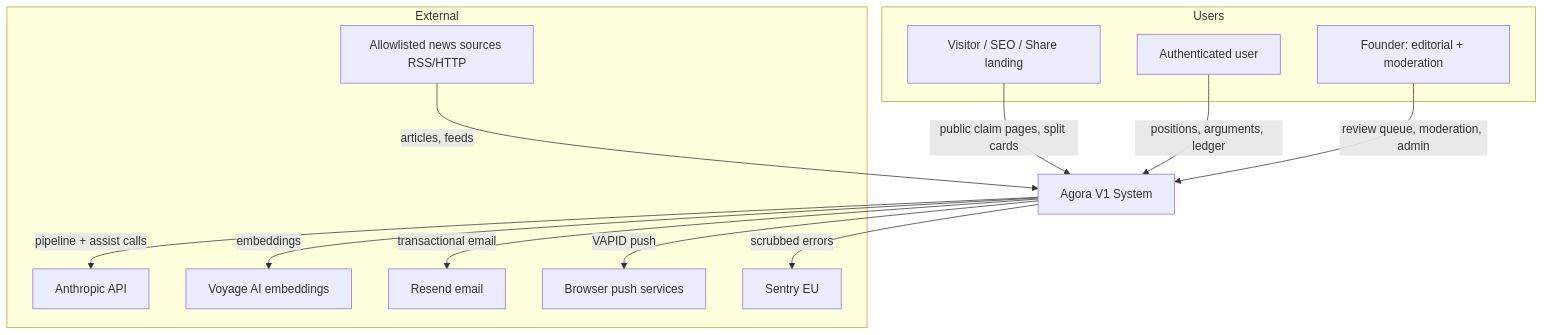
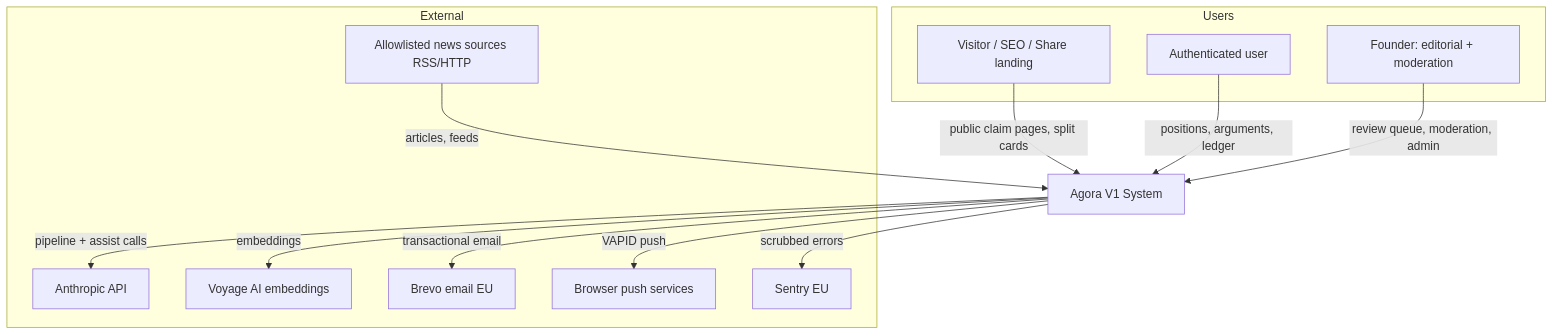
The first of 2 diagrams in TECHNICAL_ARCHITECTURE.md (imperator080599/Agora), drawn with Mermaid before and after one commit. The commit also changed other lines of this file and 2 other files, not shown here.

First line of the commit message:
Apply ratification amendments: Brevo email (EU) and AI budget controls

````diff
--- a/TECHNICAL_ARCHITECTURE.md
+++ b/TECHNICAL_ARCHITECTURE.md
@@ -52,26 +52,26 @@
 ```mermaid
 graph TB
     subgraph Users
         V[Visitor / SEO / Share landing]
         U[Authenticated user]
         F[Founder: editorial + moderation]
     end
     subgraph External
         NEWS[Allowlisted news sources RSS/HTTP]
         ANTH[Anthropic API]
         VOY[Voyage AI embeddings]
-        MAIL[Resend email]
+        MAIL[Brevo email EU]
         PUSHSVC[Browser push services]
         SENTRY[Sentry EU]
     end
     AGORA[Agora V1 System]
     V -->|public claim pages, split cards| AGORA
     U -->|positions, arguments, ledger| AGORA
     F -->|review queue, moderation, admin| AGORA
     NEWS -->|articles, feeds| AGORA
     AGORA -->|pipeline + assist calls| ANTH
     AGORA -->|embeddings| VOY
     AGORA -->|transactional email| MAIL
     AGORA -->|VAPID push| PUSHSVC
     AGORA -->|scrubbed errors| SENTRY
 ```
````
